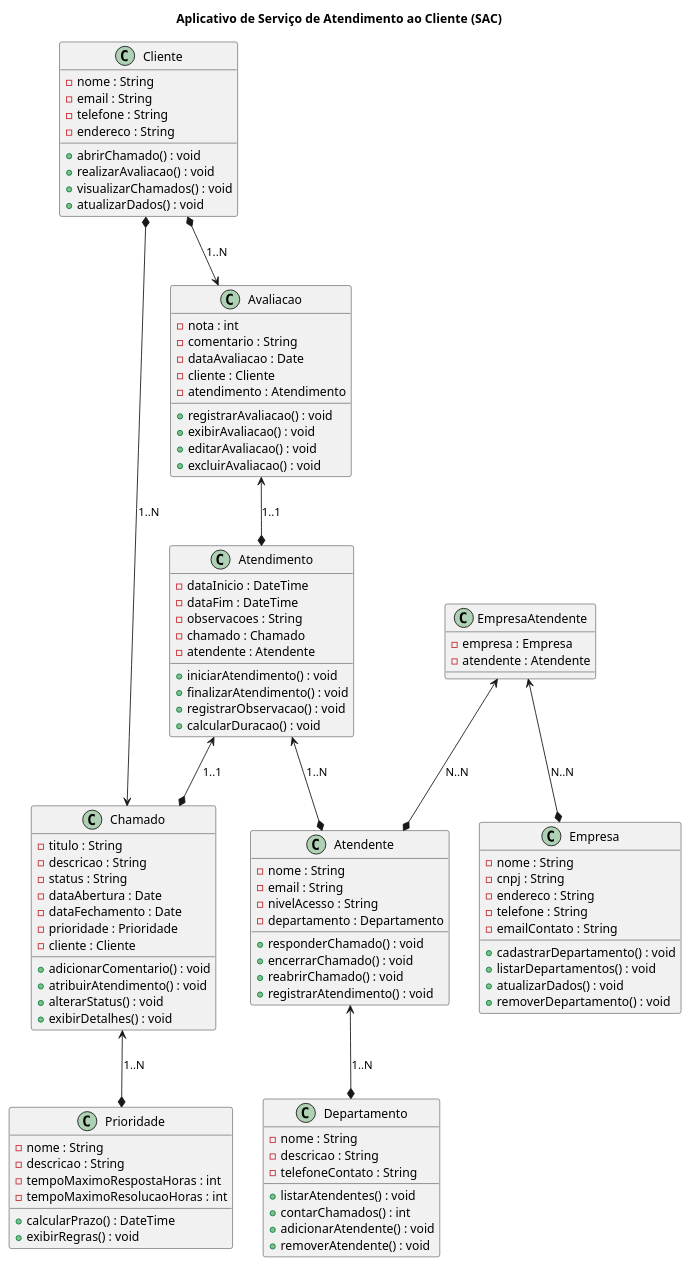
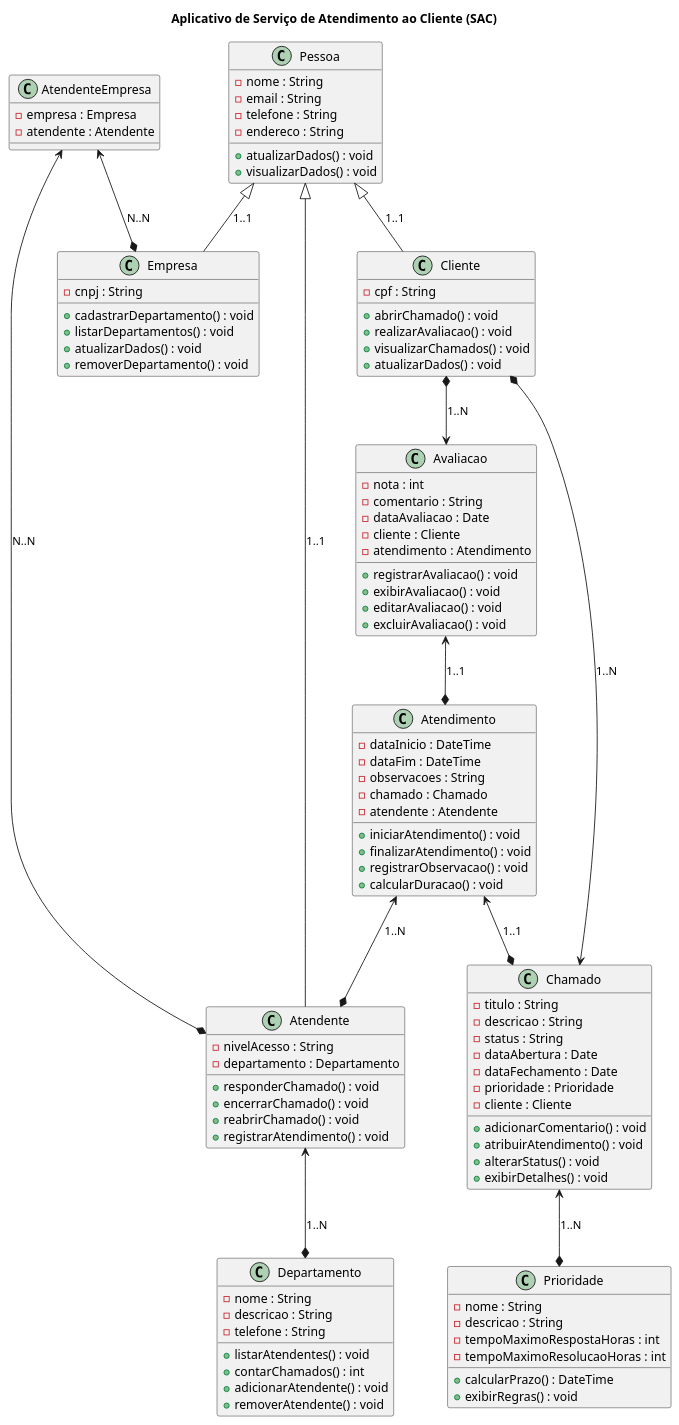
The diagram in docs/diagrama.plantuml (anleaes/2025-2-SDM-Sexta-Manha-ZS-14), drawn with PlantUML before and after one commit. The commit also changed 35 other files, not shown here.

```diff
--- a/docs/diagrama.plantuml
+++ b/docs/diagrama.plantuml
@@ -1,114 +1,114 @@
 @startuml
 title Aplicativo de Serviço de Atendimento ao Cliente (SAC)
 
-class Cliente {
+class Pessoa {
   - nome : String
   - email : String
   - telefone : String
   - endereco : String
+  + atualizarDados() : void
+  + visualizarDados() : void
+}
+
+class Cliente {
+  - cpf : String
   + abrirChamado() : void
   + realizarAvaliacao() : void
   + visualizarChamados() : void
   + atualizarDados() : void
+}
+
+class Empresa {
+  - cnpj : String
+  + cadastrarDepartamento() : void
+  + listarDepartamentos() : void
+  + atualizarDados() : void
+  + removerDepartamento() : void
+}
+
+class Atendente {
+  - nivelAcesso : String
+  - departamento : Departamento
+  + responderChamado() : void
+  + encerrarChamado() : void
+  + reabrirChamado() : void
+  + registrarAtendimento() : void
 }
 
 class Chamado {
   - titulo : String
   - descricao : String
   - status : String
   - dataAbertura : Date
   - dataFechamento : Date
   - prioridade : Prioridade
   - cliente : Cliente
   + adicionarComentario() : void
   + atribuirAtendimento() : void
   + alterarStatus() : void
   + exibirDetalhes() : void
 }
 
 class Prioridade {
   - nome : String
   - descricao : String
   - tempoMaximoRespostaHoras : int
   - tempoMaximoResolucaoHoras : int
   + calcularPrazo() : DateTime
   + exibirRegras() : void
 }
 
-
-
-
 class Departamento {
   - nome : String
   - descricao : String
-  - telefoneContato : String
+  - telefone : String
   + listarAtendentes() : void
   + contarChamados() : int
   + adicionarAtendente() : void
   + removerAtendente() : void
 }
 
 class Atendimento {
   - dataInicio : DateTime
   - dataFim : DateTime
   - observacoes : String
   - chamado : Chamado
   - atendente : Atendente
   + iniciarAtendimento() : void
   + finalizarAtendimento() : void
   + registrarObservacao() : void
   + calcularDuracao() : void
 }
 
-class Empresa {
-  - nome : String
-  - cnpj : String
-  - endereco : String
-  - telefone : String
-  - emailContato : String
-  + cadastrarDepartamento() : void
-  + listarDepartamentos() : void
-  + atualizarDados() : void
-  + removerDepartamento() : void
-}
-
-class EmpresaAtendente {
+class AtendenteEmpresa {
   - empresa : Empresa
   - atendente : Atendente
-}
-
-class Atendente {
-  - nome : String
-  - email : String
-  - nivelAcesso : String
-  - departamento : Departamento
-  + responderChamado() : void
-  + encerrarChamado() : void
-  + reabrirChamado() : void
-  + registrarAtendimento() : void
 }
 
 class Avaliacao {
   - nota : int
   - comentario : String
   - dataAvaliacao : Date
   - cliente : Cliente
   - atendimento : Atendimento
   + registrarAvaliacao() : void
   + exibirAvaliacao() : void
   + editarAvaliacao() : void
   + excluirAvaliacao() : void
 }
 
 ' ---- RELACIONAMENTOS ----
 Cliente  *-->  Chamado : "1..N"
 Cliente  *-->  Avaliacao : "1..N"
 Avaliacao  <--*  Atendimento : "1..1"
 Atendente  <--*  Departamento : "1..N"
 Atendimento  <--*  Chamado : "1..1"
 Atendimento <--* Atendente : "1..N"
-EmpresaAtendente  <--*  Atendente : "N..N"
-EmpresaAtendente  <--*  Empresa : "N..N"
+AtendenteEmpresa  <--*  Atendente : "N..N"
+AtendenteEmpresa  <--*  Empresa : "N..N"
 Chamado  <--*  Prioridade : "1..N"
+Pessoa <|-- Cliente : "1..1"
+Pessoa <|-- Atendente : "1..1"
+Pessoa <|-- Empresa : "1..1"
 
 @enduml
```
